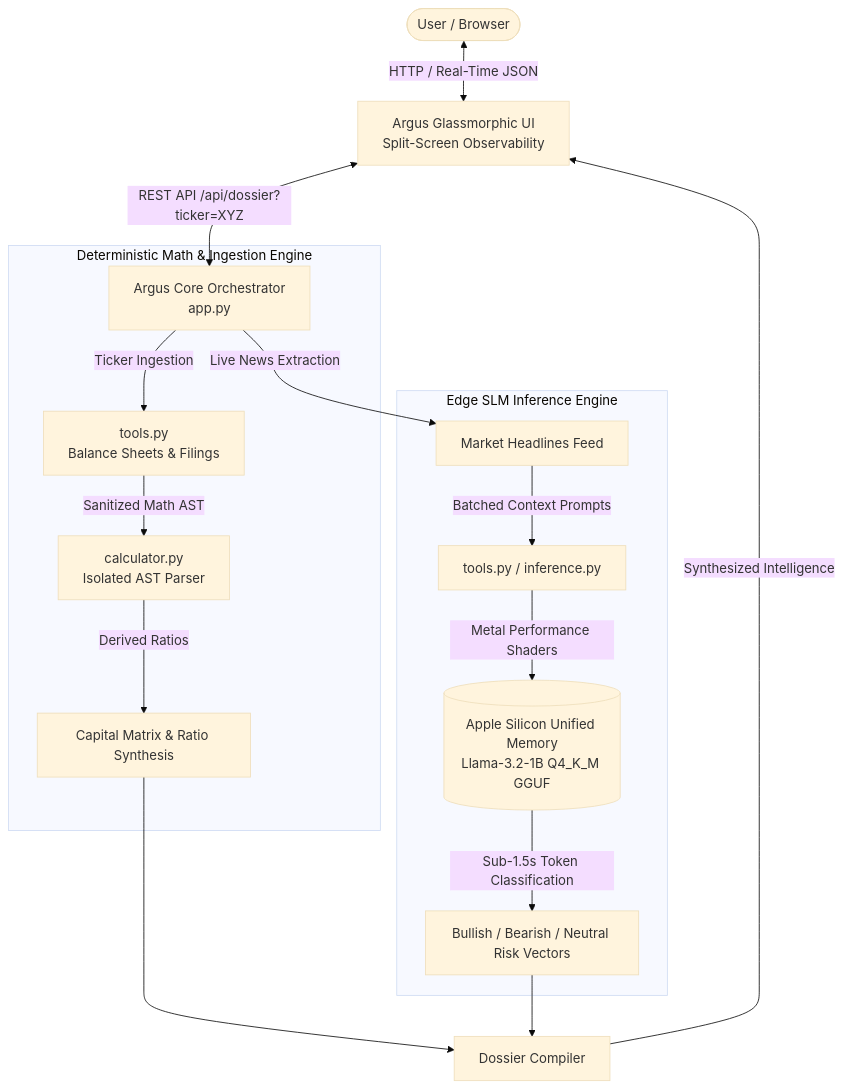
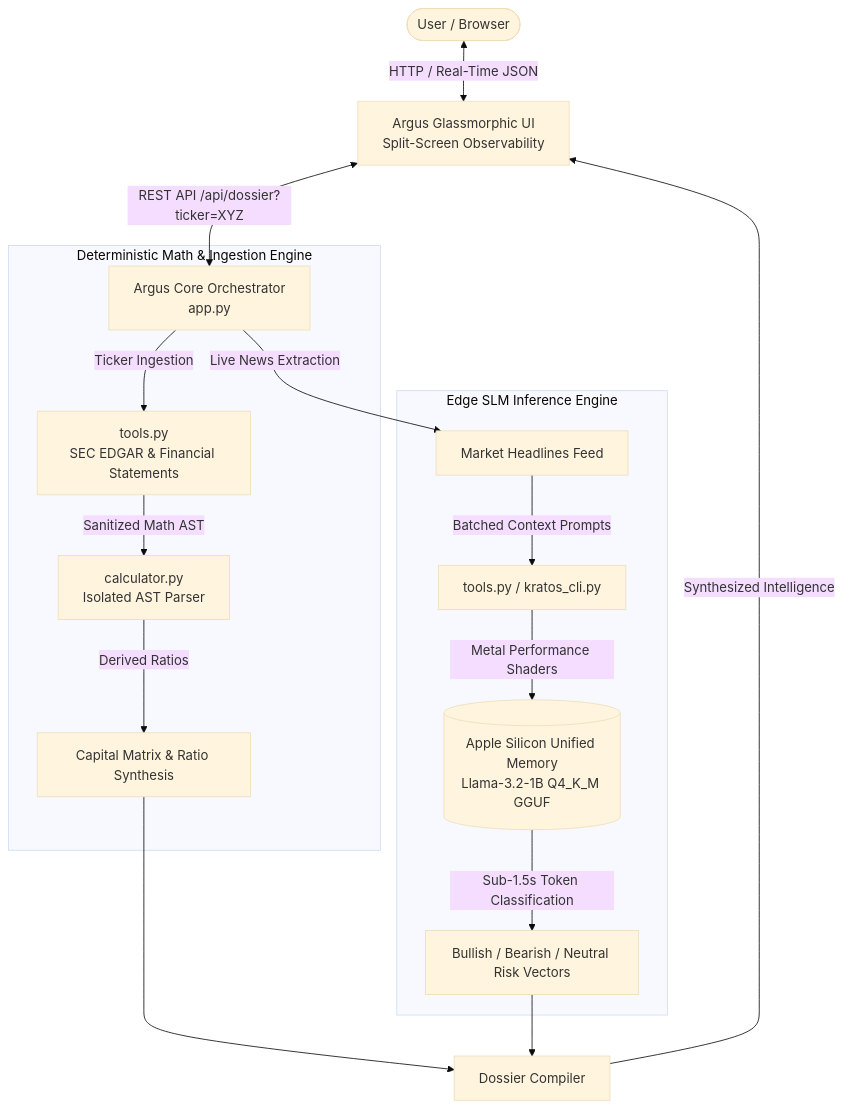
The diagram in README.md (ankit-rv-08/argus-kratos), drawn with Mermaid (base theme) before and after one commit. The commit also changed other lines of this file, not shown here.

Commit message:
docs: finalize production README with verified Mermaid syntax, CLI preview, and telemetry benchmarks

````diff
--- a/README.md
+++ b/README.md
@@ -18,22 +18,22 @@
 ```mermaid
 flowchart TD
     User([User / Browser]) <-->|HTTP / Real-Time JSON| UI[Argus Glassmorphic UI<br/>Split-Screen Observability]
     UI <-->|REST API /api/dossier?ticker=XYZ| Backend[Argus Core Orchestrator<br/>app.py]
 
     subgraph Deterministic_Pipeline [Deterministic Math & Ingestion Engine]
-        Backend -->|Ticker Ingestion| Ingestion[tools.py<br/>Balance Sheets & Filings]
+        Backend -->|Ticker Ingestion| Ingestion[tools.py<br/>SEC EDGAR & Financial Statements]
         Ingestion -->|Sanitized Math AST| AST[calculator.py<br/>Isolated AST Parser]
         AST -->|Derived Ratios| Synthesis[Capital Matrix & Ratio Synthesis]
     end
 
     subgraph Edge_ML_Runtime [Edge SLM Inference Engine]
         Backend -->|Live News Extraction| News[Market Headlines Feed]
-        News -->|Batched Context Prompts| Kratos[tools.py / inference.py]
+        News -->|Batched Context Prompts| Kratos[tools.py / kratos_cli.py]
         Kratos -->|Metal Performance Shaders| Metal[(Apple Silicon Unified Memory<br/>Llama-3.2-1B Q4_K_M GGUF)]
         Metal -->|Sub-1.5s Token Classification| Sentiment[Bullish / Bearish / Neutral Risk Vectors]
     end
 
     Synthesis --> Aggregator[Dossier Compiler]
     Sentiment --> Aggregator
     Aggregator -->|Synthesized Intelligence| UI
 ```
````
